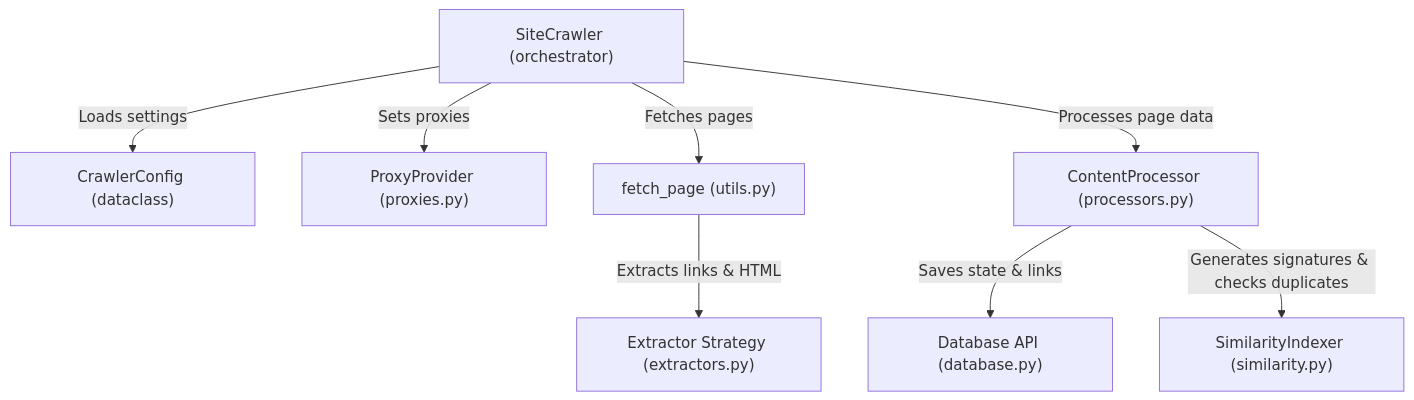
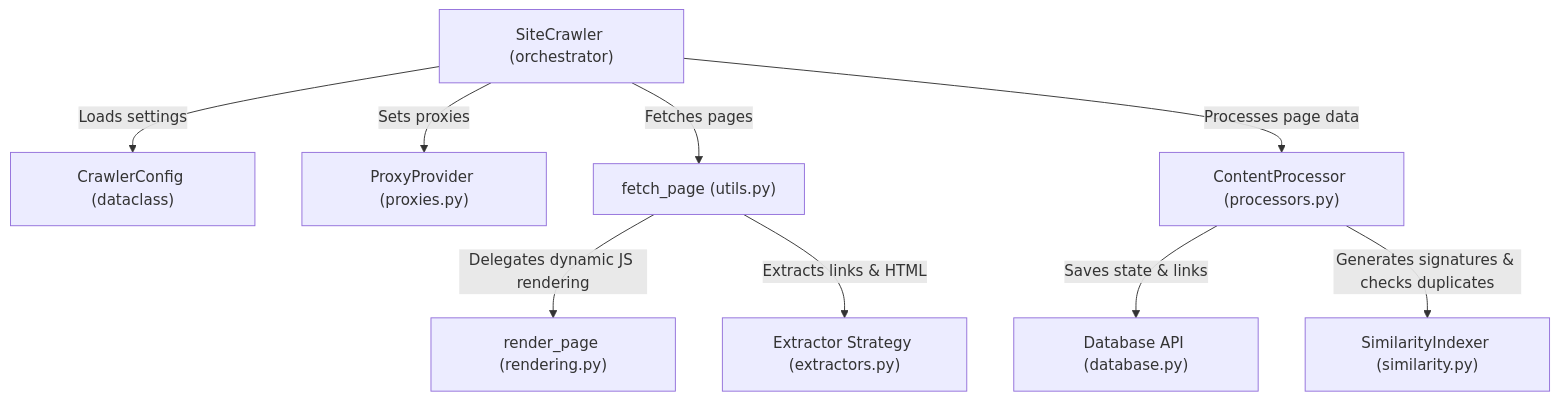
Before and after one commit to svagionitis/crawler: the diagram in docs/c4/c4_component.md, drawn with Mermaid. The commit also changed other lines of this file and 2 other files, not shown here.

First line of the commit message:
c4: docs: update C4 diagrams with JavaScript rendering components

````diff
--- a/docs/c4/c4_component.md
+++ b/docs/c4/c4_component.md
@@ -46,19 +54,21 @@
 ```mermaid
 graph TD
     SiteCrawler["SiteCrawler (orchestrator)"]
     CrawlerConfig["CrawlerConfig (dataclass)"]
     ProxyProvider["ProxyProvider (proxies.py)"]
     FetchPage["fetch_page (utils.py)"]
+    RenderPage["render_page (rendering.py)"]
     Extractor["Extractor Strategy (extractors.py)"]
     Processor["ContentProcessor (processors.py)"]
     DatabaseAPI["Database API (database.py)"]
     SimilarityIndexer["SimilarityIndexer (similarity.py)"]
 
     SiteCrawler -->|Loads settings| CrawlerConfig
     SiteCrawler -->|Sets proxies| ProxyProvider
     SiteCrawler -->|Fetches pages| FetchPage
+    FetchPage -->|Delegates dynamic JS rendering| RenderPage
     FetchPage -->|Extracts links & HTML| Extractor
     SiteCrawler -->|Processes page data| Processor
     Processor -->|Saves state & links| DatabaseAPI
     Processor -->|Generates signatures & checks duplicates| SimilarityIndexer
 ```
````
